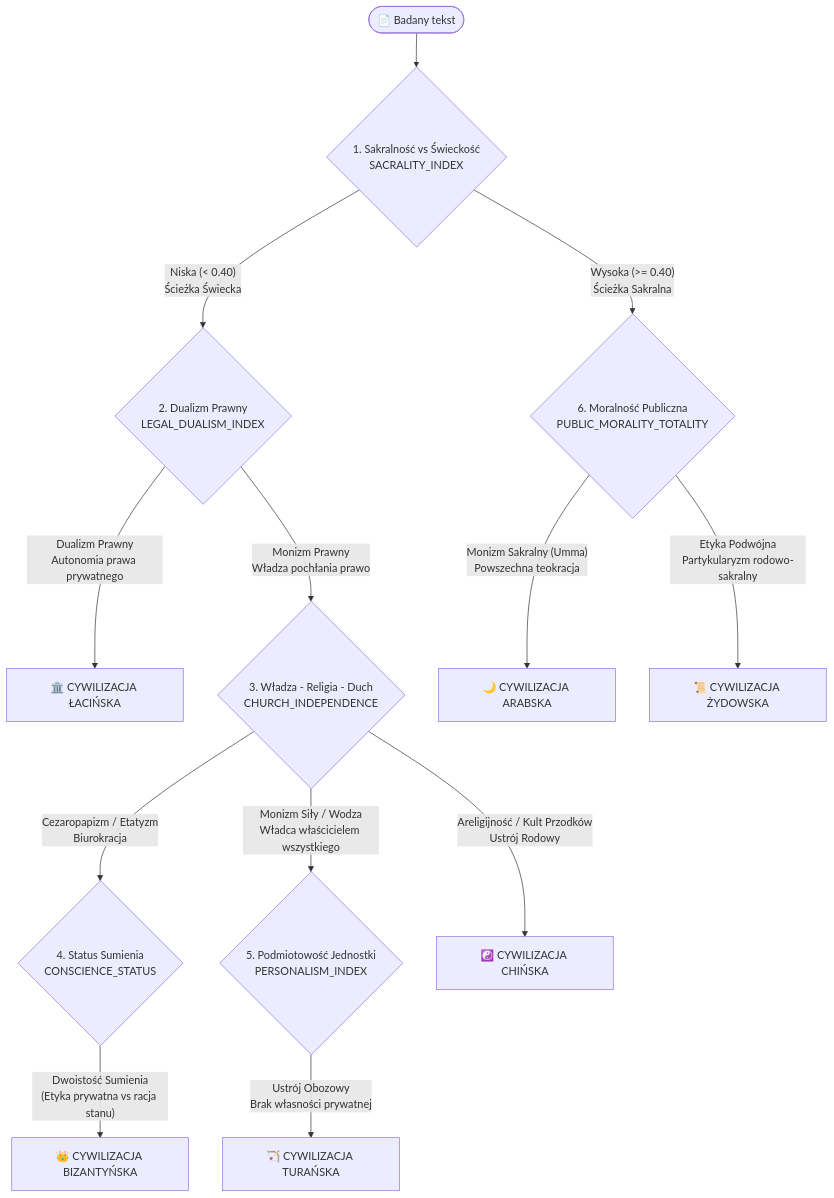
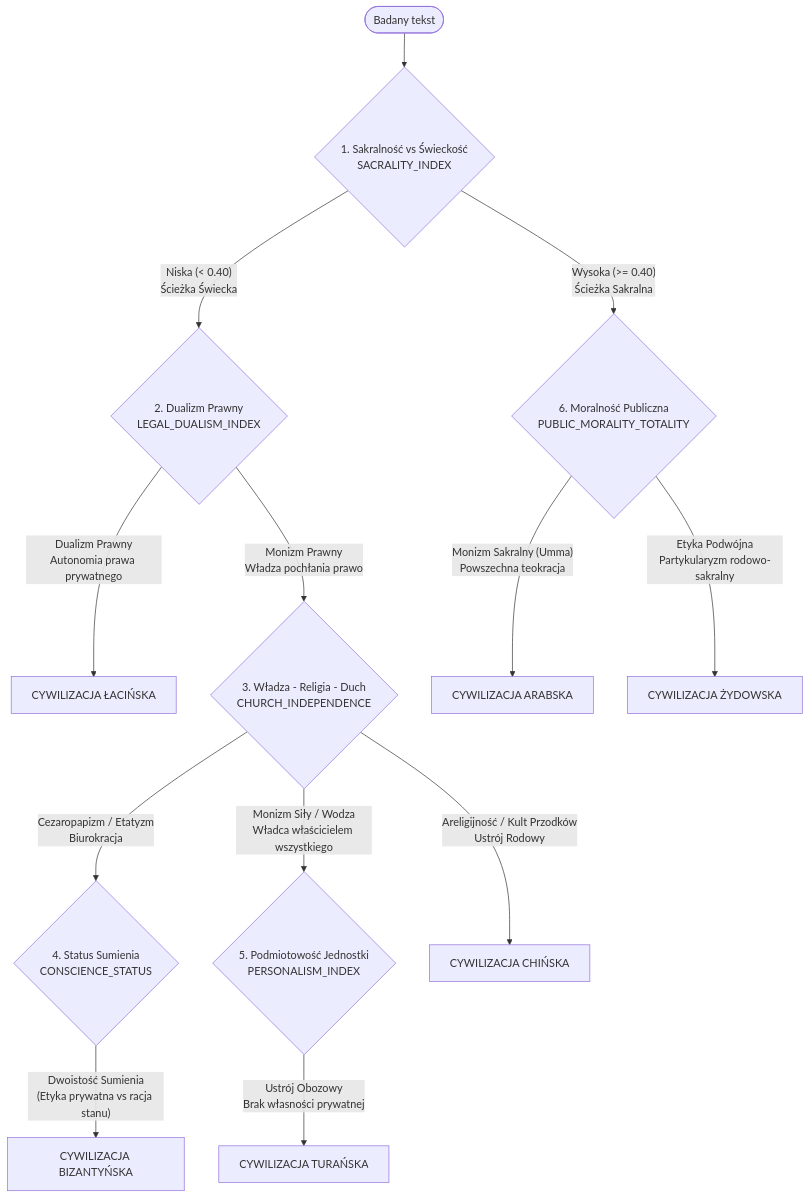
One commit to Pawel-Zygler/algorytm_konecznego changed the diagram in README.md. Above: the diagram before and after it, drawn with Mermaid. The commit also changed other lines of this file and 3 other files, not shown here.

````diff
--- a/README.md
+++ b/README.md
@@ -47,20 +47,20 @@
 ```mermaid
 flowchart TD
-    Start([📄 Badany tekst]) --> B1{1. Sakralność vs Świeckość\nSACRALITY_INDEX}
+    Start([Badany tekst]) --> B1{1. Sakralność vs Świeckość\nSACRALITY_INDEX}
     
     B1 -- "Wysoka (>= 0.40)\nŚcieżka Sakralna" --> B6{6. Moralność Publiczna\nPUBLIC_MORALITY_TOTALITY}
     B1 -- "Niska (< 0.40)\nŚcieżka Świecka" --> B2{2. Dualizm Prawny\nLEGAL_DUALISM_INDEX}
     
-    B2 -- "Dualizm Prawny\nAutonomia prawa prywatnego" --> CivLatin["🏛️ CYWILIZACJA ŁACIŃSKA"]
+    B2 -- "Dualizm Prawny\nAutonomia prawa prywatnego" --> CivLatin["CYWILIZACJA ŁACIŃSKA"]
     B2 -- "Monizm Prawny\nWładza pochłania prawo" --> B3{3. Władza - Religia - Duch\nCHURCH_INDEPENDENCE}
     
     B3 -- "Cezaropapizm / Etatyzm\nBiurokracja" --> B4{4. Status Sumienia\nCONSCIENCE_STATUS}
     B3 -- "Monizm Siły / Wodza\nWładca właścicielem wszystkiego" --> B5{5. Podmiotowość Jednostki\nPERSONALISM_INDEX}
-    B3 -- "Areligijność / Kult Przodków\nUstrój Rodowy" --> CivChina["☯️ CYWILIZACJA CHIŃSKA"]
+    B3 -- "Areligijność / Kult Przodków\nUstrój Rodowy" --> CivChina["CYWILIZACJA CHIŃSKA"]
     
-    B4 -- "Dwoistość Sumienia\n(Etyka prywatna vs racja stanu)" --> CivByz["👑 CYWILIZACJA BIZANTYŃSKA"]
-    B5 -- "Ustrój Obozowy\nBrak własności prywatnej" --> CivTur["🏹 CYWILIZACJA TURAŃSKA"]
+    B4 -- "Dwoistość Sumienia\n(Etyka prywatna vs racja stanu)" --> CivByz["CYWILIZACJA BIZANTYŃSKA"]
+    B5 -- "Ustrój Obozowy\nBrak własności prywatnej" --> CivTur["CYWILIZACJA TURAŃSKA"]
     
-    B6 -- "Monizm Sakralny (Umma)\nPowszechna teokracja" --> CivArab["🌙 CYWILIZACJA ARABSKA"]
-    B6 -- "Etyka Podwójna\nPartykularyzm rodowo-sakralny" --> CivJew["📜 CYWILIZACJA ŻYDOWSKA"]
+    B6 -- "Monizm Sakralny (Umma)\nPowszechna teokracja" --> CivArab["CYWILIZACJA ARABSKA"]
+    B6 -- "Etyka Podwójna\nPartykularyzm rodowo-sakralny" --> CivJew["CYWILIZACJA ŻYDOWSKA"]
 ```
````
